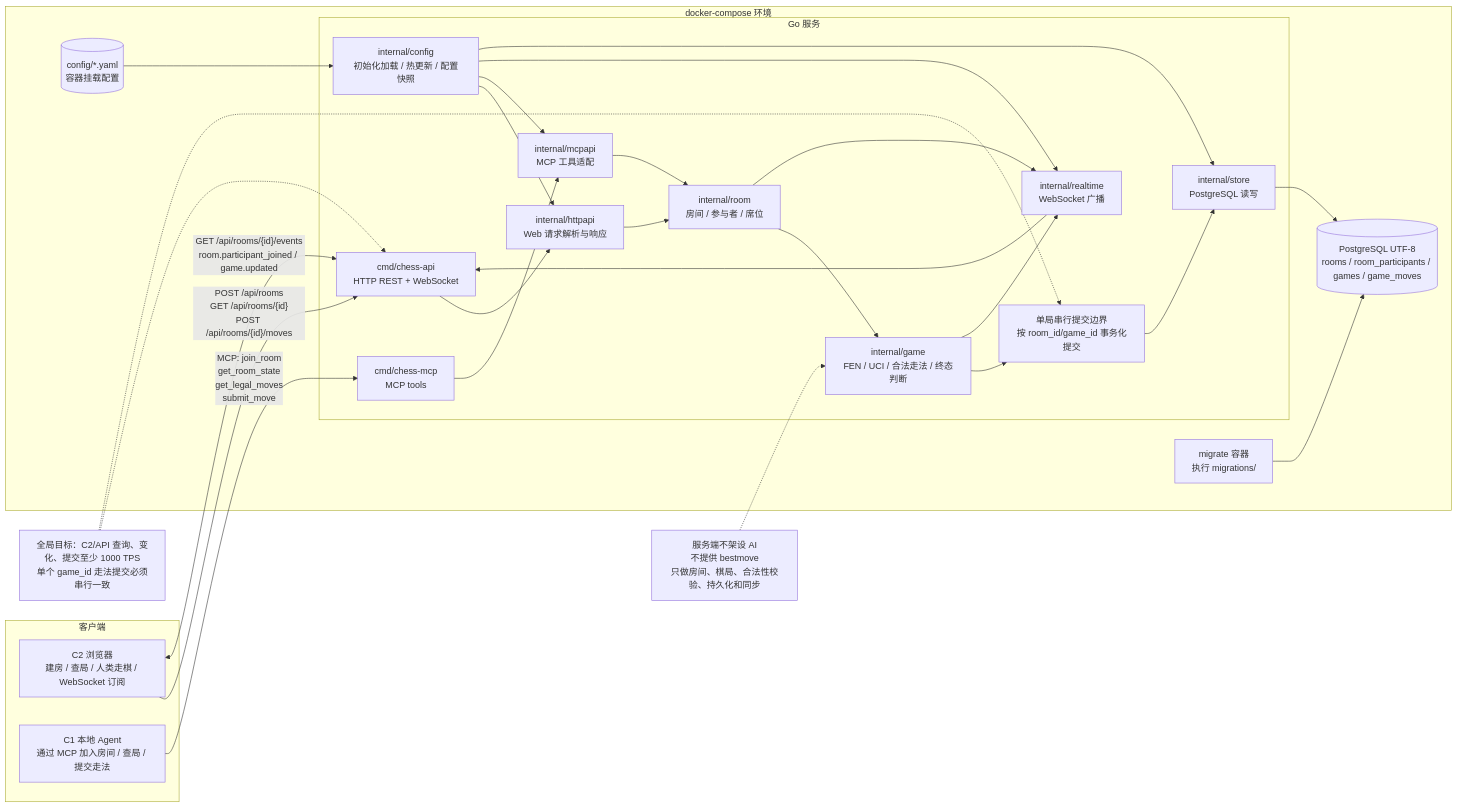
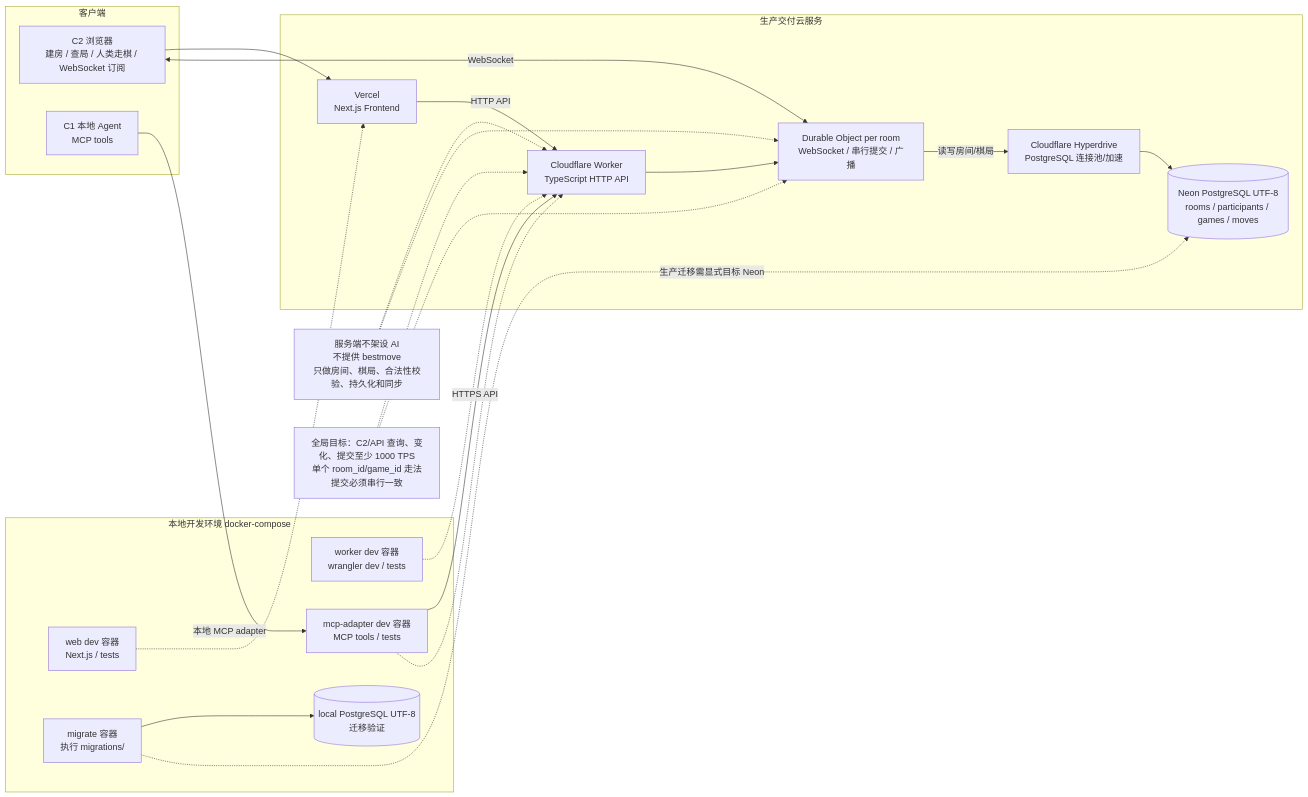
Before and after one commit to Makia9879/agent-chess: the diagram in spec_go_chess_api.md, drawn with Mermaid. The commit also changed other lines of this file and 1 other file, not shown here.

````diff
--- a/spec_go_chess_api.md
+++ b/spec_go_chess_api.md
@@ -52,56 +81,47 @@
 ```mermaid
 flowchart LR
   subgraph Client["客户端"]
     C2["C2 浏览器\n建房 / 查局 / 人类走棋 / WebSocket 订阅"]
-    C1["C1 本地 Agent\n通过 MCP 加入房间 / 查局 / 提交走法"]
+    C1["C1 本地 Agent\nMCP tools"]
   end
 
-  subgraph Compose["docker-compose 环境"]
-    subgraph API["Go 服务"]
-      HTTP["cmd/chess-api\nHTTP REST + WebSocket"]
-      MCP["cmd/chess-mcp\nMCP tools"]
-
-      HTTPAPI["internal/httpapi\nWeb 请求解析与响应"]
-      MCPAPI["internal/mcpapi\nMCP 工具适配"]
-      ROOM["internal/room\n房间 / 参与者 / 席位"]
-      GAME["internal/game\nFEN / UCI / 合法走法 / 终态判断"]
-      RT["internal/realtime\nWebSocket 广播"]
-      STORE["internal/store\nPostgreSQL 读写"]
-      CONFIG["internal/config\n初始化加载 / 热更新 / 配置快照"]
-      LOCK["单局串行提交边界\n按 room_id/game_id 事务化提交"]
-    end
-
-    PG[("PostgreSQL UTF-8\nrooms / room_participants / games / game_moves")]
-    MIGRATE["migrate 容器\n执行 migrations/"]
-    CFG[("config/*.yaml\n容器挂载配置")]
+  subgraph LocalDev["本地开发环境 docker-compose"]
+    DEVWEB["web dev 容器\nNext.js / tests"]
+    DEVWORKER["worker dev 容器\nwrangler dev / tests"]
+    DEVMCP["mcp-adapter dev 容器\nMCP tools / tests"]
+    DEVPG[("local PostgreSQL UTF-8\n迁移验证")]
+    DEVMIGRATE["migrate 容器\n执行 migrations/"]
   end
 
-  C2 -->|"POST /api/rooms\nGET /api/rooms/{id}\nPOST /api/rooms/{id}/moves"| HTTP
-  C2 <-->|"GET /api/rooms/{id}/events\nroom.participant_joined / game.updated"| HTTP
-  C1 -->|"MCP: join_room\nget_room_state\nget_legal_moves\nsubmit_move"| MCP
+  subgraph Prod["生产交付云服务"]
+    VERCEL["Vercel\nNext.js Frontend"]
+    CF["Cloudflare Worker\nTypeScript HTTP API"]
+    DO["Durable Object per room\nWebSocket / 串行提交 / 广播"]
+    NEON[("Neon PostgreSQL UTF-8\nrooms / participants / games / moves")]
+    HYPER["Cloudflare Hyperdrive\nPostgreSQL 连接池/加速"]
+  end
 
-  HTTP --> HTTPAPI
-  MCP --> MCPAPI
-  HTTPAPI --> ROOM
-  MCPAPI --> ROOM
-  ROOM --> GAME
-  GAME --> LOCK
-  LOCK --> STORE
-  STORE --> PG
-  CONFIG --> HTTPAPI
-  CONFIG --> MCPAPI
-  CONFIG --> RT
-  CONFIG --> STORE
-  CFG --> CONFIG
-  GAME --> RT
-  ROOM --> RT
-  RT --> HTTP
-  MIGRATE --> PG
+  C2 --> VERCEL
+  VERCEL -->|"HTTP API"| CF
+  C2 <-->|"WebSocket"| DO
+  C1 -->|"本地 MCP adapter"| DEVMCP
+  DEVMCP -->|"HTTPS API"| CF
+
+  CF --> DO
+  DO -->|"读写房间/棋局"| HYPER
+  HYPER --> NEON
+
+  DEVWEB -.-> VERCEL
+  DEVWORKER -.-> CF
+  DEVMCP -.-> CF
+  DEVMIGRATE --> DEVPG
+  DEVMIGRATE -.->|"生产迁移需显式目标 Neon"| NEON
 
   NOTE["服务端不架设 AI\n不提供 bestmove\n只做房间、棋局、合法性校验、持久化和同步"]
-  NOTE -.-> GAME
+  NOTE -.-> CF
+  NOTE -.-> DO
 
-  TPS["全局目标：C2/API 查询、变化、提交至少 1000 TPS\n单个 game_id 走法提交必须串行一致"]
-  TPS -.-> HTTP
-  TPS -.-> LOCK
+  TPS["全局目标：C2/API 查询、变化、提交至少 1000 TPS\n单个 room_id/game_id 走法提交必须串行一致"]
+  TPS -.-> CF
+  TPS -.-> DO
 ```
````
